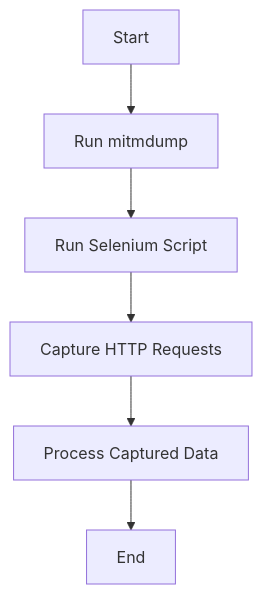
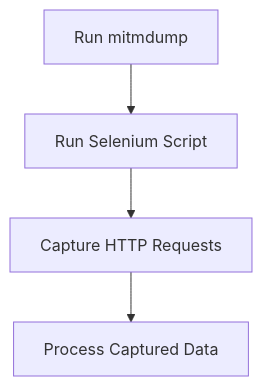
The diagram in README.md (jonruida/PowerBI_Insights), drawn with Mermaid before and after one commit.

````diff
--- a/README.md
+++ b/README.md
@@ -20,8 +20,8 @@
 ```mermaid
 graph TD;
-    A[Start] --> B[Run mitmdump];
+    B[Run mitmdump];
     B --> C[Run Selenium Script];
     C --> D[Capture HTTP Requests];
     D --> E[Process Captured Data];
-    E --> F[End];
+    
 ```
````
